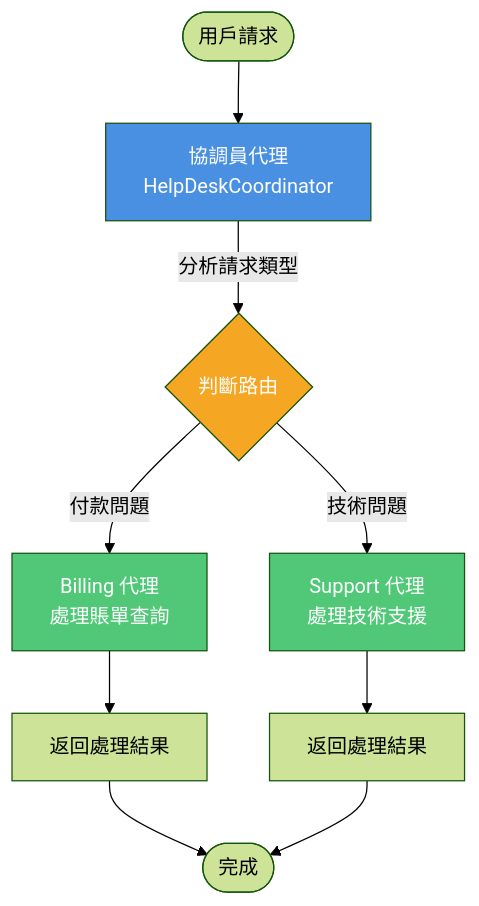
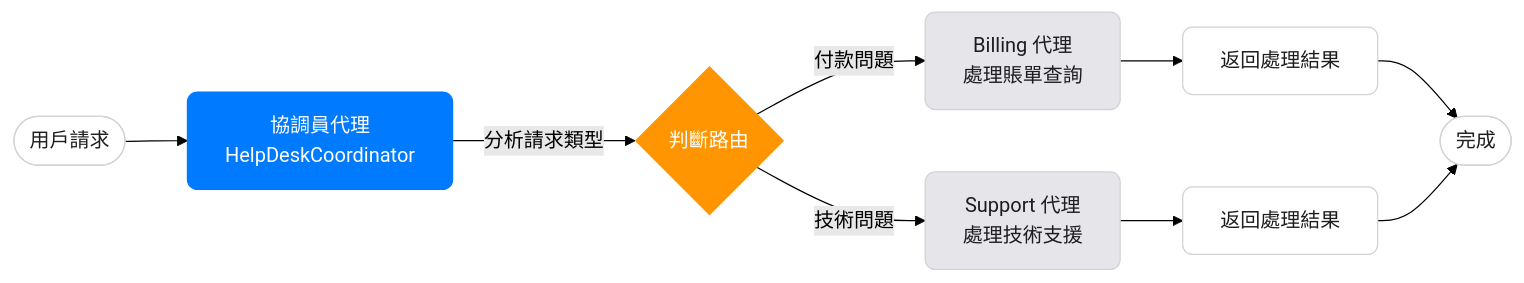
The first of 8 diagrams in workspace/adk-docs/agents/multi-agents_appendix.md (lastingyeh/google-adk-study), drawn with Mermaid (forest theme) before and after one commit. The commit also changed other lines of this file, not shown here.

Commit message:
更新 `multi-agents_appendix.md` Mermaid 流程圖樣式與結構

````diff
--- a/workspace/adk-docs/agents/multi-agents_appendix.md
+++ b/workspace/adk-docs/agents/multi-agents_appendix.md
@@ -24,16 +24,25 @@
 ```mermaid
-graph TB
+flowchart LR
+    %% Style Definitions
+    classDef default fill:#F5F5F7,stroke:#D2D2D7,color:#1D1D1F,rx:8,ry:8;
+    classDef primary fill:#007AFF,stroke:#007AFF,color:#FFFFFF,rx:8,ry:8;
+    classDef expert fill:#E5E5EA,stroke:#D2D2D7,color:#1D1D1F,rx:8,ry:8;
+    classDef decision fill:#FF9500,stroke:#FF9500,color:#FFFFFF,rx:8,ry:8;
+    classDef startEnd fill:#FFFFFF,stroke:#D2D2D7,color:#1D1D1F,rx:8,ry:8;
+
+    %% Diagram
     Start([用戶請求]) --> Coordinator[協調員代理<br/>HelpDeskCoordinator]
     Coordinator -->|分析請求類型| Decision{判斷路由}
     Decision -->|付款問題| Billing[Billing 代理<br/>處理賬單查詢]
     Decision -->|技術問題| Support[Support 代理<br/>處理技術支援]
     Billing --> Response1[返回處理結果]
     Support --> Response2[返回處理結果]
     Response1 --> End([完成])
     Response2 --> End
 
-    style Coordinator fill:#4A90E2,color:#fff
-    style Billing fill:#50C878,color:#fff
-    style Support fill:#50C878,color:#fff
-    style Decision fill:#F5A623,color:#fff
+    %% Apply Styles
+    class Start,End,Response1,Response2 startEnd;
+    class Coordinator primary;
+    class Billing,Support expert;
+    class Decision decision;
 ```
````
